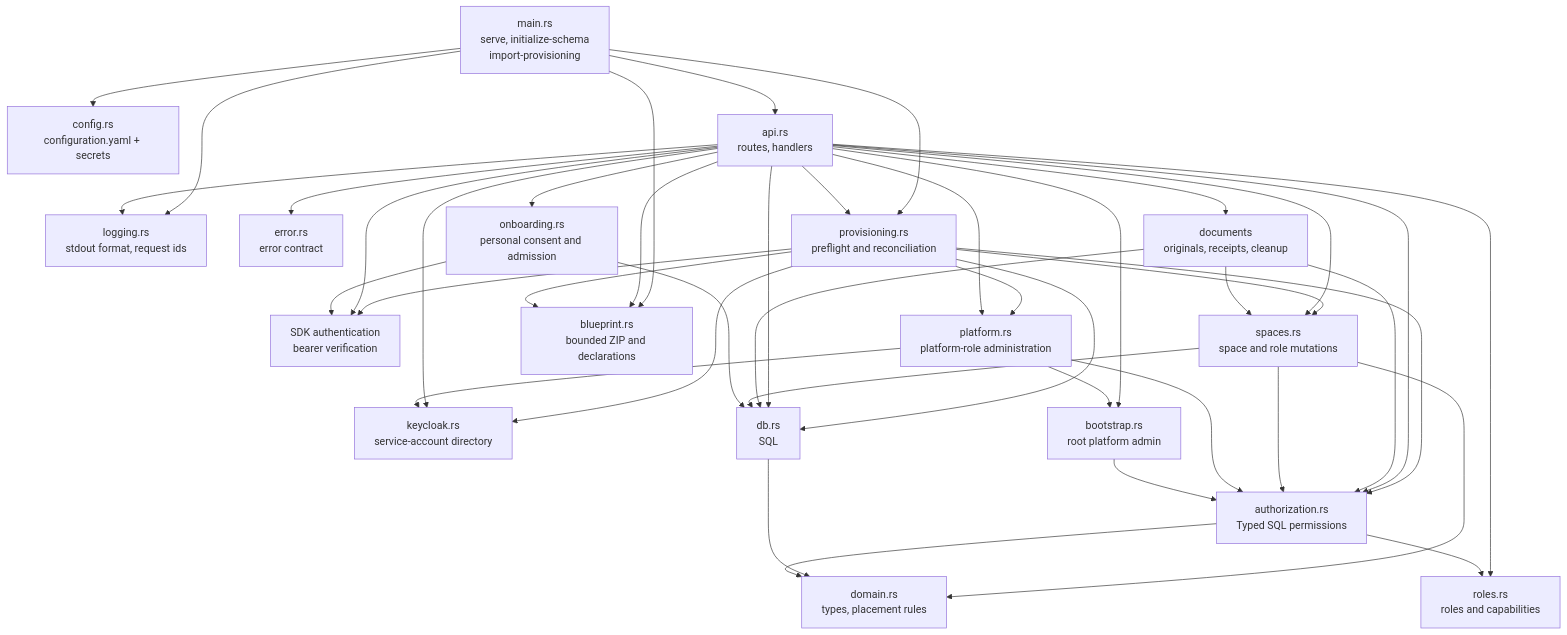
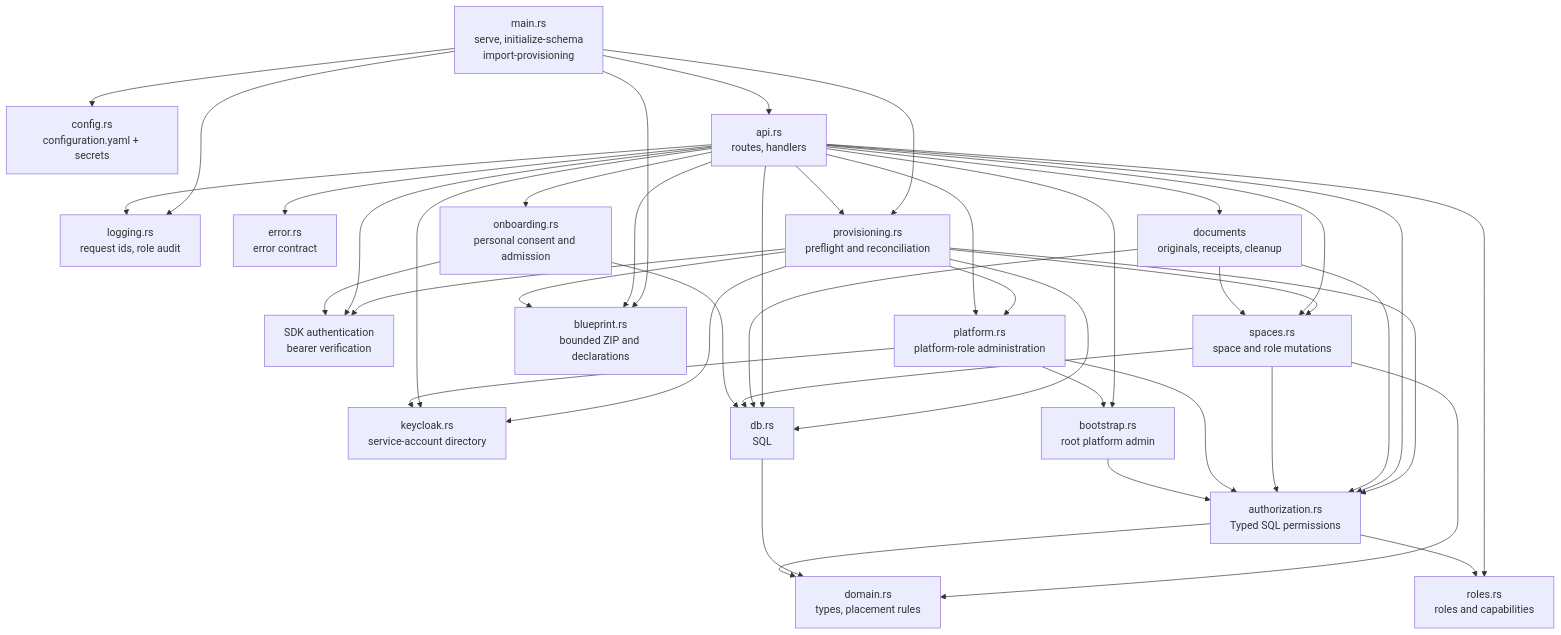
One commit to ThalesGroup/fred changed the second of 3 diagrams in docs/architecture/A1-manager-runtime.md. Above: the diagram before and after it, drawn with Mermaid. The commit also changed 194 other files, not shown here.

````diff
--- a/docs/architecture/A1-manager-runtime.md
+++ b/docs/architecture/A1-manager-runtime.md
@@ -61,37 +61,37 @@
 ```mermaid
 flowchart TB
     main["main.rs<br/>serve, initialize-schema<br/>import-provisioning"]
     config["config.rs<br/>configuration.yaml + secrets"]
-    logging["logging.rs<br/>stdout format, request ids"]
+    logging["logging.rs<br/>request ids, role audit"]
     api["api.rs<br/>routes, handlers"]
     auth["SDK authentication<br/>bearer verification"]
     error["error.rs<br/>error contract"]
     spaces["spaces.rs<br/>space and role mutations"]
     provisioning["provisioning.rs<br/>preflight and reconciliation"]
     blueprint["blueprint.rs<br/>bounded ZIP and declarations"]
     platform["platform.rs<br/>platform-role administration"]
     roles["roles.rs<br/>roles and capabilities"]
     directory["keycloak.rs<br/>service-account directory"]
     onboarding["onboarding.rs<br/>personal consent and admission"]
     bootstrap["bootstrap.rs<br/>root platform admin"]
     domain["domain.rs<br/>types, placement rules"]
     db["db.rs<br/>SQL"]
     documents["documents<br/>originals, receipts, cleanup"]
     authorization["authorization.rs<br/>Typed SQL permissions"]
 
     main --> config & logging & api & provisioning & blueprint
     api --> provisioning & blueprint
     provisioning --> blueprint
     provisioning --> auth & platform & directory & db & authorization & spaces
     api --> auth & error & spaces & bootstrap & db & authorization & logging
     api --> documents
     documents --> spaces & db & authorization
     spaces --> domain & db & authorization
     api --> platform & roles & directory & onboarding
     onboarding --> auth & db
     platform --> bootstrap & directory & authorization
     authorization --> roles
     bootstrap --> authorization
     db --> domain
     authorization --> domain
 ```
````
